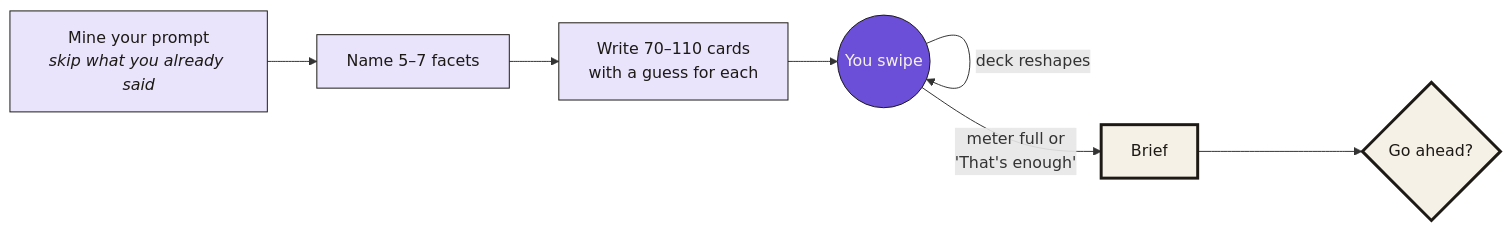
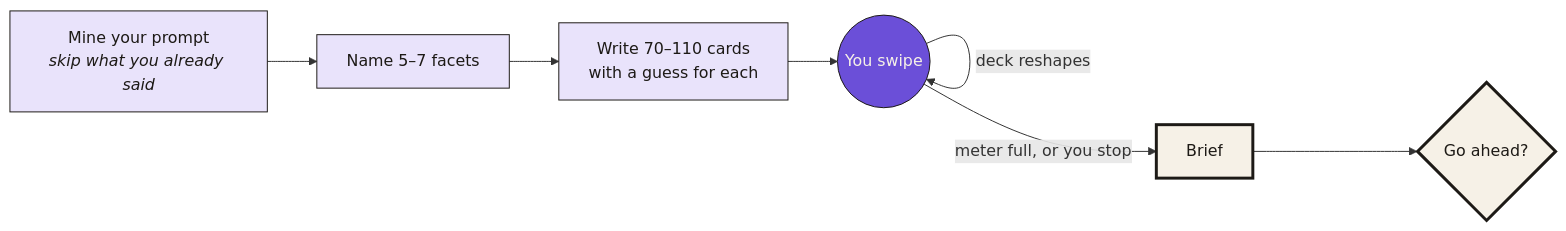
The diagram in skills/swipe-deck/README.md (Theycallmeholla/skills), drawn with Mermaid before and after one commit. The commit also changed other lines of this file and 15 other files, not shown here.

````diff
--- a/skills/swipe-deck/README.md
+++ b/skills/swipe-deck/README.md
@@ -33,16 +33,16 @@
 ```mermaid
 flowchart LR
     A["Mine your prompt<br/><i>skip what you already said</i>"] --> B["Name 5–7 facets"]
     B --> C["Write 70–110 cards<br/>with a guess for each"]
     C --> D(("You swipe"))
     D -->|deck reshapes| D
-    D -->|meter full or<br/>'That's enough'| E["Brief"]
+    D -->|meter full, or you stop| E["Brief"]
     E --> F{"Go ahead?"}
 
     classDef step fill:#E9E3FB,stroke:#1D1A16,color:#1D1A16
     classDef you fill:#6B4FD8,stroke:#1D1A16,color:#F6F1E7
     classDef out fill:#F6F1E7,stroke:#1D1A16,color:#1D1A16,stroke-width:3px
     class A,B,C step
     class D you
     class E,F out
 ```
````
